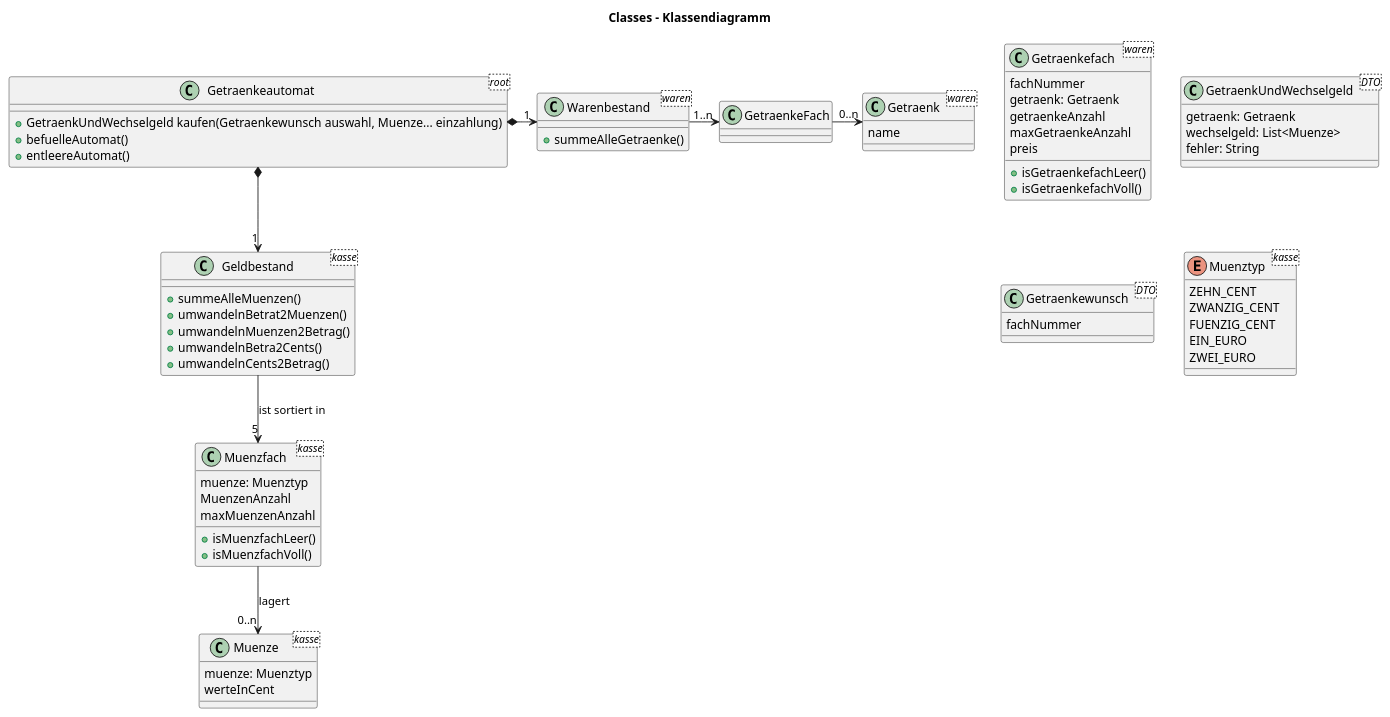
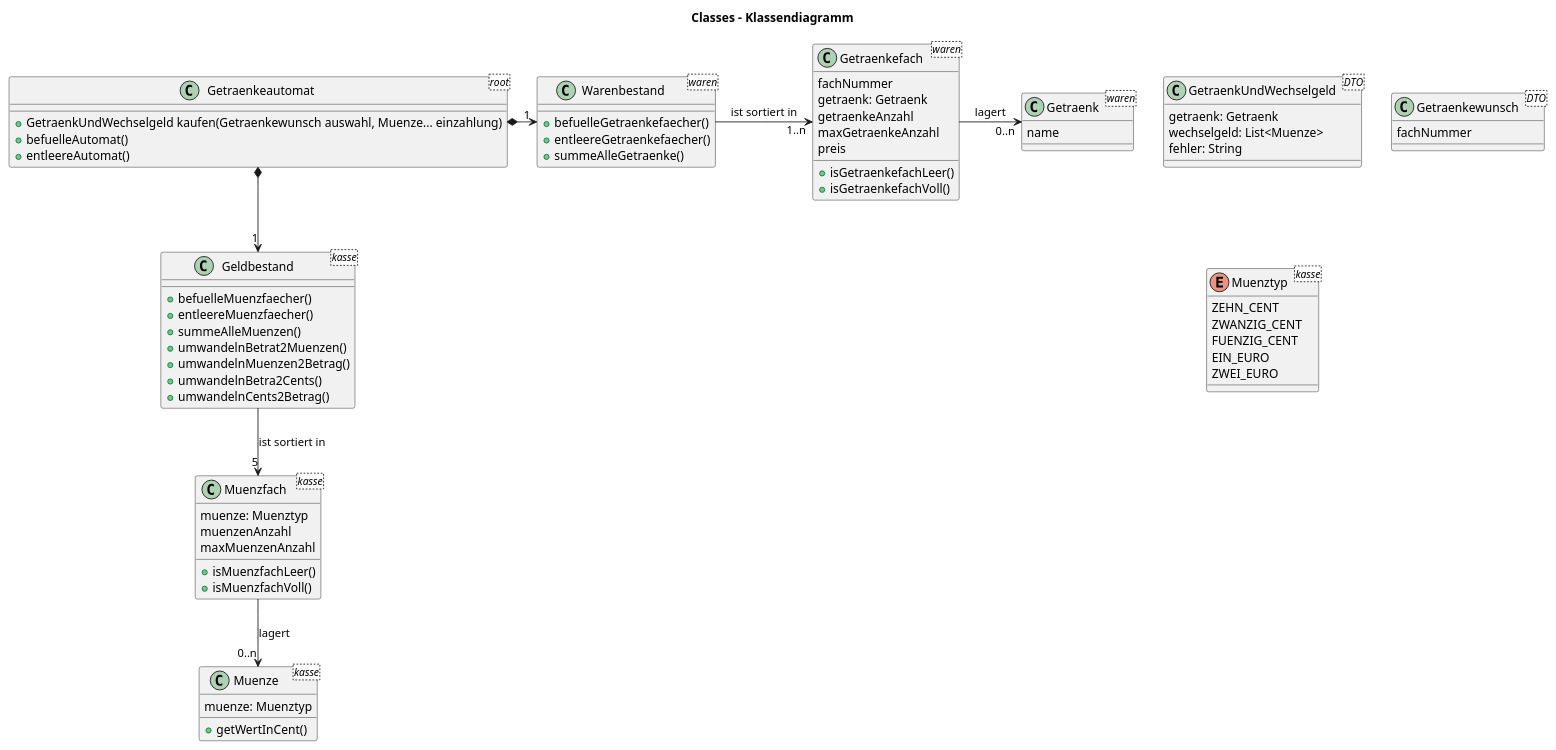
The diagram in uml-Klassendiagramm.puml (robertodefreitas/Getraenkeautomat.2022-02-09), drawn with PlantUML before and after one commit. The commit also changed 10 other files, not shown here.

```diff
--- a/uml-Klassendiagramm.puml
+++ b/uml-Klassendiagramm.puml
@@ -1,87 +1,101 @@
 @startuml
+'https://plantuml.com/class-diagram
 title Classes - Klassendiagramm
 
 class Getraenkeautomat <root> {
 +GetraenkUndWechselgeld kaufen(Getraenkewunsch auswahl, Muenze... einzahlung)
 +befuelleAutomat()
 +entleereAutomat()
 }
 
 
 'WAREN
 
 class Warenbestand <waren> {
++befuelleGetraenkefaecher()
++entleereGetraenkefaecher()
 +summeAlleGetraenke()
 }
 
 class Getraenkefach <waren> {
 fachNummer
 getraenk: Getraenk
 getraenkeAnzahl
 maxGetraenkeAnzahl
 preis
 +isGetraenkefachLeer()
 +isGetraenkefachVoll()
 }
 
 class Getraenk <waren> {
 name
 }
 
 
 'KASSE
 
 class Geldbestand <kasse> {
++befuelleMuenzfaecher()
++entleereMuenzfaecher()
 +summeAlleMuenzen()
 +umwandelnBetrat2Muenzen()
 +umwandelnMuenzen2Betrag()
 +umwandelnBetra2Cents()
 +umwandelnCents2Betrag()
 }
 
 class Muenzfach <kasse> {
 muenze: Muenztyp
-MuenzenAnzahl
+muenzenAnzahl
 maxMuenzenAnzahl
 +isMuenzfachLeer()
 +isMuenzfachVoll()
 }
 
 class Muenze <kasse> {
 muenze: Muenztyp
-werteInCent
++getWertInCent()
 }
 
 
 'OHNE_BEZIEHUNG
 
 class GetraenkUndWechselgeld <DTO> {
 getraenk: Getraenk
 wechselgeld: List<Muenze>
 fehler: String
 }
 
 class Getraenkewunsch <DTO> {
 fachNummer
 }
 
 enum Muenztyp <kasse> {
 ZEHN_CENT
 ZWANZIG_CENT
 FUENZIG_CENT
 EIN_EURO
 ZWEI_EURO
 }
 
 
 'BEZIEHUNGEN
+'https://info-wsf.de/assoziation-aggregation-und-komposition/
+'https://www.geeksforgeeks.org/association-composition-aggregation-java/
+'Komposition
+'Class --* Composition
+'Aggregation
+'Class --o Aggregation
+'Assoziation
+'Class --> Association
+'Class --|> Extension
 
 Getraenkeautomat *-> "1" Warenbestand
-Warenbestand -> "1..n" GetraenkeFach
-GetraenkeFach -> "0..n" Getraenk
+Warenbestand -> "1..n" Getraenkefach : ist sortiert in
+Getraenkefach -> "0..n" Getraenk : lagert
 
 Getraenkeautomat *--> "1" Geldbestand
 Geldbestand --> "5" Muenzfach : ist sortiert in
 Muenzfach --> "0..n" Muenze : lagert
 
 @enduml
```
